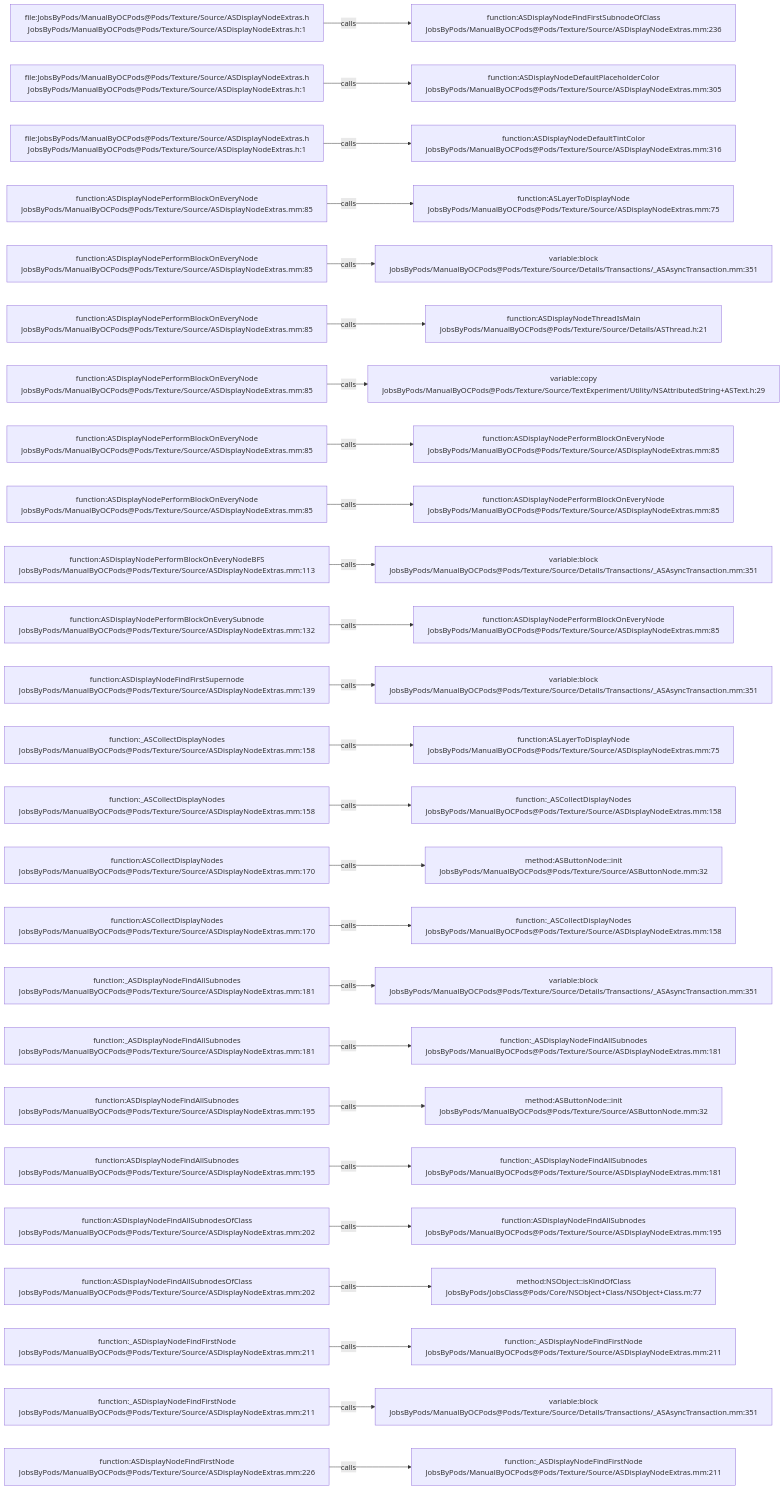
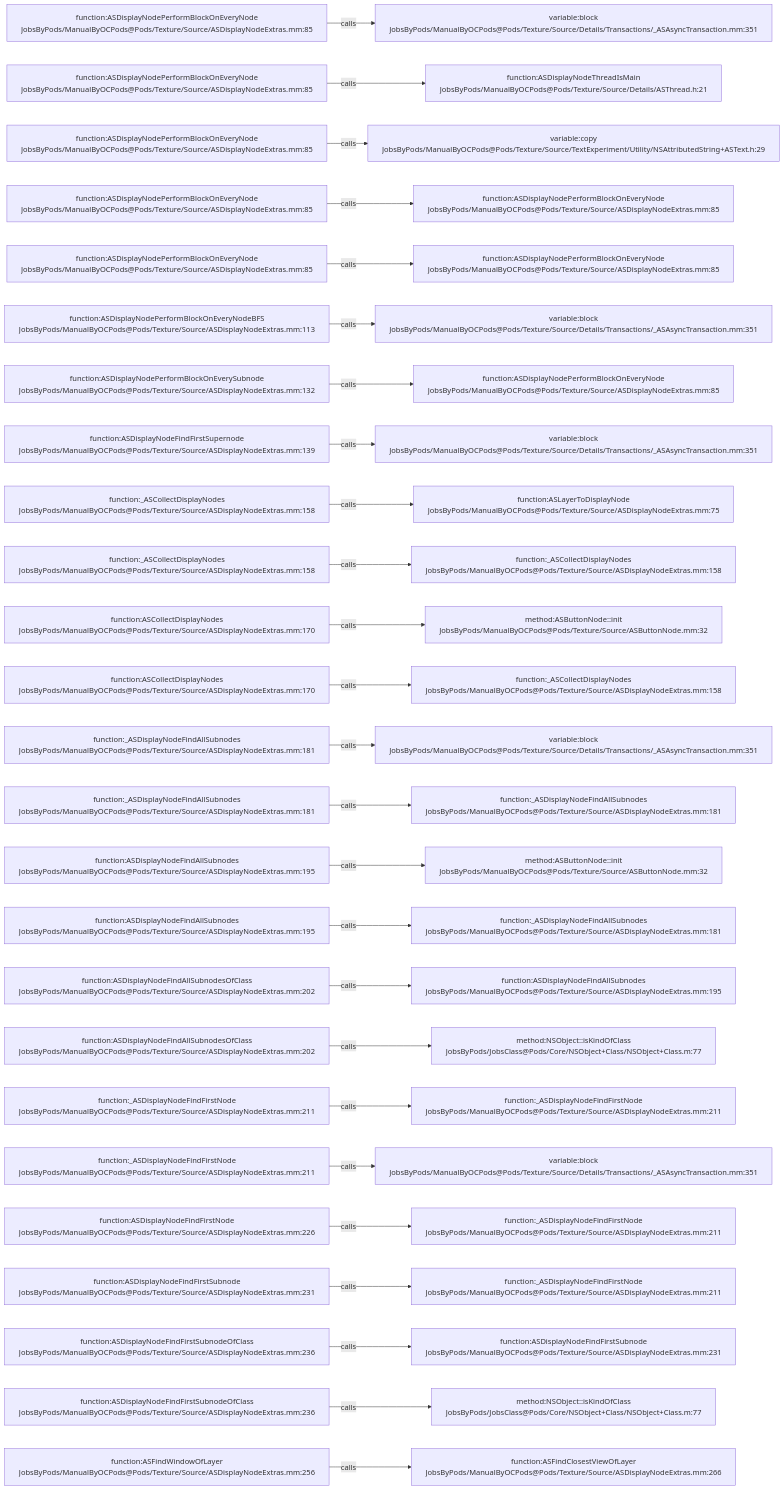
The diagram in .codegraph/codegraph.md/graphs/calls-104.md (JobsKits/JobsOCBaseConfigDemo), drawn with Mermaid before and after one commit. The commit also changed 727 other files, not shown here.

````diff
--- a/.codegraph/codegraph.md/graphs/calls-104.md
+++ b/.codegraph/codegraph.md/graphs/calls-104.md
@@ -13,78 +13,78 @@
 ```mermaid
 flowchart LR
-  S1["file:JobsByPods/ManualByOCPods@Pods/Texture/Source/ASDisplayNodeExtras.h<br/>JobsByPods/ManualByOCPods@Pods/Texture/Source/ASDisplayNodeExtras.h:1"]
-  T1["function:ASDisplayNodeFindFirstSubnodeOfClass<br/>JobsByPods/ManualByOCPods@Pods/Texture/Source/ASDisplayNodeExtras.mm:236"]
+  S1["function:ASDisplayNodePerformBlockOnEveryNode<br/>JobsByPods/ManualByOCPods@Pods/Texture/Source/ASDisplayNodeExtras.mm:85"]
+  T1["variable:block<br/>JobsByPods/ManualByOCPods@Pods/Texture/Source/Details/Transactions/_ASAsyncTransaction.mm:351"]
   S1 -->|calls| T1
-  S2["file:JobsByPods/ManualByOCPods@Pods/Texture/Source/ASDisplayNodeExtras.h<br/>JobsByPods/ManualByOCPods@Pods/Texture/Source/ASDisplayNodeExtras.h:1"]
-  T2["function:ASDisplayNodeDefaultPlaceholderColor<br/>JobsByPods/ManualByOCPods@Pods/Texture/Source/ASDisplayNodeExtras.mm:305"]
+  S2["function:ASDisplayNodePerformBlockOnEveryNode<br/>JobsByPods/ManualByOCPods@Pods/Texture/Source/ASDisplayNodeExtras.mm:85"]
+  T2["function:ASDisplayNodeThreadIsMain<br/>JobsByPods/ManualByOCPods@Pods/Texture/Source/Details/ASThread.h:21"]
   S2 -->|calls| T2
-  S3["file:JobsByPods/ManualByOCPods@Pods/Texture/Source/ASDisplayNodeExtras.h<br/>JobsByPods/ManualByOCPods@Pods/Texture/Source/ASDisplayNodeExtras.h:1"]
-  T3["function:ASDisplayNodeDefaultTintColor<br/>JobsByPods/ManualByOCPods@Pods/Texture/Source/ASDisplayNodeExtras.mm:316"]
+  S3["function:ASDisplayNodePerformBlockOnEveryNode<br/>JobsByPods/ManualByOCPods@Pods/Texture/Source/ASDisplayNodeExtras.mm:85"]
+  T3["variable:copy<br/>JobsByPods/ManualByOCPods@Pods/Texture/Source/TextExperiment/Utility/NSAttributedString+ASText.h:29"]
   S3 -->|calls| T3
   S4["function:ASDisplayNodePerformBlockOnEveryNode<br/>JobsByPods/ManualByOCPods@Pods/Texture/Source/ASDisplayNodeExtras.mm:85"]
-  T4["function:ASLayerToDisplayNode<br/>JobsByPods/ManualByOCPods@Pods/Texture/Source/ASDisplayNodeExtras.mm:75"]
+  T4["function:ASDisplayNodePerformBlockOnEveryNode<br/>JobsByPods/ManualByOCPods@Pods/Texture/Source/ASDisplayNodeExtras.mm:85"]
   S4 -->|calls| T4
   S5["function:ASDisplayNodePerformBlockOnEveryNode<br/>JobsByPods/ManualByOCPods@Pods/Texture/Source/ASDisplayNodeExtras.mm:85"]
-  T5["variable:block<br/>JobsByPods/ManualByOCPods@Pods/Texture/Source/Details/Transactions/_ASAsyncTransaction.mm:351"]
+  T5["function:ASDisplayNodePerformBlockOnEveryNode<br/>JobsByPods/ManualByOCPods@Pods/Texture/Source/ASDisplayNodeExtras.mm:85"]
   S5 -->|calls| T5
-  S6["function:ASDisplayNodePerformBlockOnEveryNode<br/>JobsByPods/ManualByOCPods@Pods/Texture/Source/ASDisplayNodeExtras.mm:85"]
-  T6["function:ASDisplayNodeThreadIsMain<br/>JobsByPods/ManualByOCPods@Pods/Texture/Source/Details/ASThread.h:21"]
+  S6["function:ASDisplayNodePerformBlockOnEveryNodeBFS<br/>JobsByPods/ManualByOCPods@Pods/Texture/Source/ASDisplayNodeExtras.mm:113"]
+  T6["variable:block<br/>JobsByPods/ManualByOCPods@Pods/Texture/Source/Details/Transactions/_ASAsyncTransaction.mm:351"]
   S6 -->|calls| T6
-  S7["function:ASDisplayNodePerformBlockOnEveryNode<br/>JobsByPods/ManualByOCPods@Pods/Texture/Source/ASDisplayNodeExtras.mm:85"]
-  T7["variable:copy<br/>JobsByPods/ManualByOCPods@Pods/Texture/Source/TextExperiment/Utility/NSAttributedString+ASText.h:29"]
+  S7["function:ASDisplayNodePerformBlockOnEverySubnode<br/>JobsByPods/ManualByOCPods@Pods/Texture/Source/ASDisplayNodeExtras.mm:132"]
+  T7["function:ASDisplayNodePerformBlockOnEveryNode<br/>JobsByPods/ManualByOCPods@Pods/Texture/Source/ASDisplayNodeExtras.mm:85"]
   S7 -->|calls| T7
-  S8["function:ASDisplayNodePerformBlockOnEveryNode<br/>JobsByPods/ManualByOCPods@Pods/Texture/Source/ASDisplayNodeExtras.mm:85"]
-  T8["function:ASDisplayNodePerformBlockOnEveryNode<br/>JobsByPods/ManualByOCPods@Pods/Texture/Source/ASDisplayNodeExtras.mm:85"]
+  S8["function:ASDisplayNodeFindFirstSupernode<br/>JobsByPods/ManualByOCPods@Pods/Texture/Source/ASDisplayNodeExtras.mm:139"]
+  T8["variable:block<br/>JobsByPods/ManualByOCPods@Pods/Texture/Source/Details/Transactions/_ASAsyncTransaction.mm:351"]
   S8 -->|calls| T8
-  S9["function:ASDisplayNodePerformBlockOnEveryNode<br/>JobsByPods/ManualByOCPods@Pods/Texture/Source/ASDisplayNodeExtras.mm:85"]
-  T9["function:ASDisplayNodePerformBlockOnEveryNode<br/>JobsByPods/ManualByOCPods@Pods/Texture/Source/ASDisplayNodeExtras.mm:85"]
+  S9["function:_ASCollectDisplayNodes<br/>JobsByPods/ManualByOCPods@Pods/Texture/Source/ASDisplayNodeExtras.mm:158"]
+  T9["function:ASLayerToDisplayNode<br/>JobsByPods/ManualByOCPods@Pods/Texture/Source/ASDisplayNodeExtras.mm:75"]
   S9 -->|calls| T9
-  S10["function:ASDisplayNodePerformBlockOnEveryNodeBFS<br/>JobsByPods/ManualByOCPods@Pods/Texture/Source/ASDisplayNodeExtras.mm:113"]
-  T10["variable:block<br/>JobsByPods/ManualByOCPods@Pods/Texture/Source/Details/Transactions/_ASAsyncTransaction.mm:351"]
+  S10["function:_ASCollectDisplayNodes<br/>JobsByPods/ManualByOCPods@Pods/Texture/Source/ASDisplayNodeExtras.mm:158"]
+  T10["function:_ASCollectDisplayNodes<br/>JobsByPods/ManualByOCPods@Pods/Texture/Source/ASDisplayNodeExtras.mm:158"]
   S10 -->|calls| T10
-  S11["function:ASDisplayNodePerformBlockOnEverySubnode<br/>JobsByPods/ManualByOCPods@Pods/Texture/Source/ASDisplayNodeExtras.mm:132"]
-  T11["function:ASDisplayNodePerformBlockOnEveryNode<br/>JobsByPods/ManualByOCPods@Pods/Texture/Source/ASDisplayNodeExtras.mm:85"]
+  S11["function:ASCollectDisplayNodes<br/>JobsByPods/ManualByOCPods@Pods/Texture/Source/ASDisplayNodeExtras.mm:170"]
+  T11["method:ASButtonNode::init<br/>JobsByPods/ManualByOCPods@Pods/Texture/Source/ASButtonNode.mm:32"]
   S11 -->|calls| T11
-  S12["function:ASDisplayNodeFindFirstSupernode<br/>JobsByPods/ManualByOCPods@Pods/Texture/Source/ASDisplayNodeExtras.mm:139"]
-  T12["variable:block<br/>JobsByPods/ManualByOCPods@Pods/Texture/Source/Details/Transactions/_ASAsyncTransaction.mm:351"]
+  S12["function:ASCollectDisplayNodes<br/>JobsByPods/ManualByOCPods@Pods/Texture/Source/ASDisplayNodeExtras.mm:170"]
+  T12["function:_ASCollectDisplayNodes<br/>JobsByPods/ManualByOCPods@Pods/Texture/Source/ASDisplayNodeExtras.mm:158"]
   S12 -->|calls| T12
-  S13["function:_ASCollectDisplayNodes<br/>JobsByPods/ManualByOCPods@Pods/Texture/Source/ASDisplayNodeExtras.mm:158"]
-  T13["function:ASLayerToDisplayNode<br/>JobsByPods/ManualByOCPods@Pods/Texture/Source/ASDisplayNodeExtras.mm:75"]
+  S13["function:_ASDisplayNodeFindAllSubnodes<br/>JobsByPods/ManualByOCPods@Pods/Texture/Source/ASDisplayNodeExtras.mm:181"]
+  T13["variable:block<br/>JobsByPods/ManualByOCPods@Pods/Texture/Source/Details/Transactions/_ASAsyncTransaction.mm:351"]
   S13 -->|calls| T13
-  S14["function:_ASCollectDisplayNodes<br/>JobsByPods/ManualByOCPods@Pods/Texture/Source/ASDisplayNodeExtras.mm:158"]
-  T14["function:_ASCollectDisplayNodes<br/>JobsByPods/ManualByOCPods@Pods/Texture/Source/ASDisplayNodeExtras.mm:158"]
+  S14["function:_ASDisplayNodeFindAllSubnodes<br/>JobsByPods/ManualByOCPods@Pods/Texture/Source/ASDisplayNodeExtras.mm:181"]
+  T14["function:_ASDisplayNodeFindAllSubnodes<br/>JobsByPods/ManualByOCPods@Pods/Texture/Source/ASDisplayNodeExtras.mm:181"]
   S14 -->|calls| T14
-  S15["function:ASCollectDisplayNodes<br/>JobsByPods/ManualByOCPods@Pods/Texture/Source/ASDisplayNodeExtras.mm:170"]
+  S15["function:ASDisplayNodeFindAllSubnodes<br/>JobsByPods/ManualByOCPods@Pods/Texture/Source/ASDisplayNodeExtras.mm:195"]
   T15["method:ASButtonNode::init<br/>JobsByPods/ManualByOCPods@Pods/Texture/Source/ASButtonNode.mm:32"]
   S15 -->|calls| T15
-  S16["function:ASCollectDisplayNodes<br/>JobsByPods/ManualByOCPods@Pods/Texture/Source/ASDisplayNodeExtras.mm:170"]
-  T16["function:_ASCollectDisplayNodes<br/>JobsByPods/ManualByOCPods@Pods/Texture/Source/ASDisplayNodeExtras.mm:158"]
+  S16["function:ASDisplayNodeFindAllSubnodes<br/>JobsByPods/ManualByOCPods@Pods/Texture/Source/ASDisplayNodeExtras.mm:195"]
+  T16["function:_ASDisplayNodeFindAllSubnodes<br/>JobsByPods/ManualByOCPods@Pods/Texture/Source/ASDisplayNodeExtras.mm:181"]
   S16 -->|calls| T16
-  S17["function:_ASDisplayNodeFindAllSubnodes<br/>JobsByPods/ManualByOCPods@Pods/Texture/Source/ASDisplayNodeExtras.mm:181"]
-  T17["variable:block<br/>JobsByPods/ManualByOCPods@Pods/Texture/Source/Details/Transactions/_ASAsyncTransaction.mm:351"]
+  S17["function:ASDisplayNodeFindAllSubnodesOfClass<br/>JobsByPods/ManualByOCPods@Pods/Texture/Source/ASDisplayNodeExtras.mm:202"]
+  T17["function:ASDisplayNodeFindAllSubnodes<br/>JobsByPods/ManualByOCPods@Pods/Texture/Source/ASDisplayNodeExtras.mm:195"]
   S17 -->|calls| T17
-  S18["function:_ASDisplayNodeFindAllSubnodes<br/>JobsByPods/ManualByOCPods@Pods/Texture/Source/ASDisplayNodeExtras.mm:181"]
-  T18["function:_ASDisplayNodeFindAllSubnodes<br/>JobsByPods/ManualByOCPods@Pods/Texture/Source/ASDisplayNodeExtras.mm:181"]
+  S18["function:ASDisplayNodeFindAllSubnodesOfClass<br/>JobsByPods/ManualByOCPods@Pods/Texture/Source/ASDisplayNodeExtras.mm:202"]
+  T18["method:NSObject::isKindOfClass<br/>JobsByPods/JobsClass@Pods/Core/NSObject+Class/NSObject+Class.m:77"]
   S18 -->|calls| T18
-  S19["function:ASDisplayNodeFindAllSubnodes<br/>JobsByPods/ManualByOCPods@Pods/Texture/Source/ASDisplayNodeExtras.mm:195"]
-  T19["method:ASButtonNode::init<br/>JobsByPods/ManualByOCPods@Pods/Texture/Source/ASButtonNode.mm:32"]
+  S19["function:_ASDisplayNodeFindFirstNode<br/>JobsByPods/ManualByOCPods@Pods/Texture/Source/ASDisplayNodeExtras.mm:211"]
+  T19["function:_ASDisplayNodeFindFirstNode<br/>JobsByPods/ManualByOCPods@Pods/Texture/Source/ASDisplayNodeExtras.mm:211"]
   S19 -->|calls| T19
-  S20["function:ASDisplayNodeFindAllSubnodes<br/>JobsByPods/ManualByOCPods@Pods/Texture/Source/ASDisplayNodeExtras.mm:195"]
-  T20["function:_ASDisplayNodeFindAllSubnodes<br/>JobsByPods/ManualByOCPods@Pods/Texture/Source/ASDisplayNodeExtras.mm:181"]
+  S20["function:_ASDisplayNodeFindFirstNode<br/>JobsByPods/ManualByOCPods@Pods/Texture/Source/ASDisplayNodeExtras.mm:211"]
+  T20["variable:block<br/>JobsByPods/ManualByOCPods@Pods/Texture/Source/Details/Transactions/_ASAsyncTransaction.mm:351"]
   S20 -->|calls| T20
-  S21["function:ASDisplayNodeFindAllSubnodesOfClass<br/>JobsByPods/ManualByOCPods@Pods/Texture/Source/ASDisplayNodeExtras.mm:202"]
-  T21["function:ASDisplayNodeFindAllSubnodes<br/>JobsByPods/ManualByOCPods@Pods/Texture/Source/ASDisplayNodeExtras.mm:195"]
+  S21["function:ASDisplayNodeFindFirstNode<br/>JobsByPods/ManualByOCPods@Pods/Texture/Source/ASDisplayNodeExtras.mm:226"]
+  T21["function:_ASDisplayNodeFindFirstNode<br/>JobsByPods/ManualByOCPods@Pods/Texture/Source/ASDisplayNodeExtras.mm:211"]
   S21 -->|calls| T21
-  S22["function:ASDisplayNodeFindAllSubnodesOfClass<br/>JobsByPods/ManualByOCPods@Pods/Texture/Source/ASDisplayNodeExtras.mm:202"]
-  T22["method:NSObject::isKindOfClass<br/>JobsByPods/JobsClass@Pods/Core/NSObject+Class/NSObject+Class.m:77"]
+  S22["function:ASDisplayNodeFindFirstSubnode<br/>JobsByPods/ManualByOCPods@Pods/Texture/Source/ASDisplayNodeExtras.mm:231"]
+  T22["function:_ASDisplayNodeFindFirstNode<br/>JobsByPods/ManualByOCPods@Pods/Texture/Source/ASDisplayNodeExtras.mm:211"]
   S22 -->|calls| T22
-  S23["function:_ASDisplayNodeFindFirstNode<br/>JobsByPods/ManualByOCPods@Pods/Texture/Source/ASDisplayNodeExtras.mm:211"]
-  T23["function:_ASDisplayNodeFindFirstNode<br/>JobsByPods/ManualByOCPods@Pods/Texture/Source/ASDisplayNodeExtras.mm:211"]
+  S23["function:ASDisplayNodeFindFirstSubnodeOfClass<br/>JobsByPods/ManualByOCPods@Pods/Texture/Source/ASDisplayNodeExtras.mm:236"]
+  T23["function:ASDisplayNodeFindFirstSubnode<br/>JobsByPods/ManualByOCPods@Pods/Texture/Source/ASDisplayNodeExtras.mm:231"]
   S23 -->|calls| T23
-  S24["function:_ASDisplayNodeFindFirstNode<br/>JobsByPods/ManualByOCPods@Pods/Texture/Source/ASDisplayNodeExtras.mm:211"]
-  T24["variable:block<br/>JobsByPods/ManualByOCPods@Pods/Texture/Source/Details/Transactions/_ASAsyncTransaction.mm:351"]
+  S24["function:ASDisplayNodeFindFirstSubnodeOfClass<br/>JobsByPods/ManualByOCPods@Pods/Texture/Source/ASDisplayNodeExtras.mm:236"]
+  T24["method:NSObject::isKindOfClass<br/>JobsByPods/JobsClass@Pods/Core/NSObject+Class/NSObject+Class.m:77"]
   S24 -->|calls| T24
-  S25["function:ASDisplayNodeFindFirstNode<br/>JobsByPods/ManualByOCPods@Pods/Texture/Source/ASDisplayNodeExtras.mm:226"]
-  T25["function:_ASDisplayNodeFindFirstNode<br/>JobsByPods/ManualByOCPods@Pods/Texture/Source/ASDisplayNodeExtras.mm:211"]
+  S25["function:ASFindWindowOfLayer<br/>JobsByPods/ManualByOCPods@Pods/Texture/Source/ASDisplayNodeExtras.mm:256"]
+  T25["function:ASFindClosestViewOfLayer<br/>JobsByPods/ManualByOCPods@Pods/Texture/Source/ASDisplayNodeExtras.mm:266"]
   S25 -->|calls| T25
 ```
````
